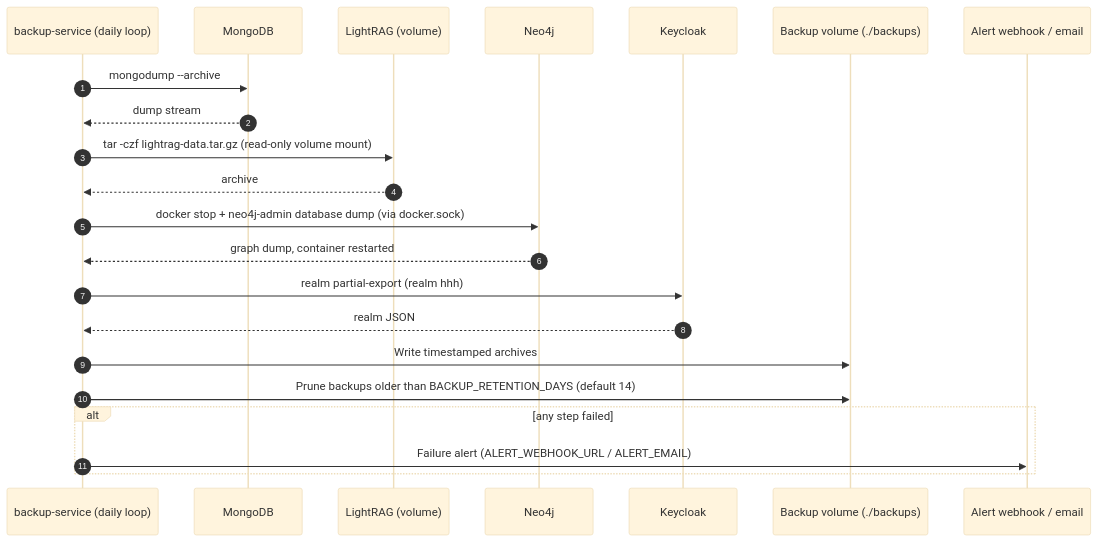
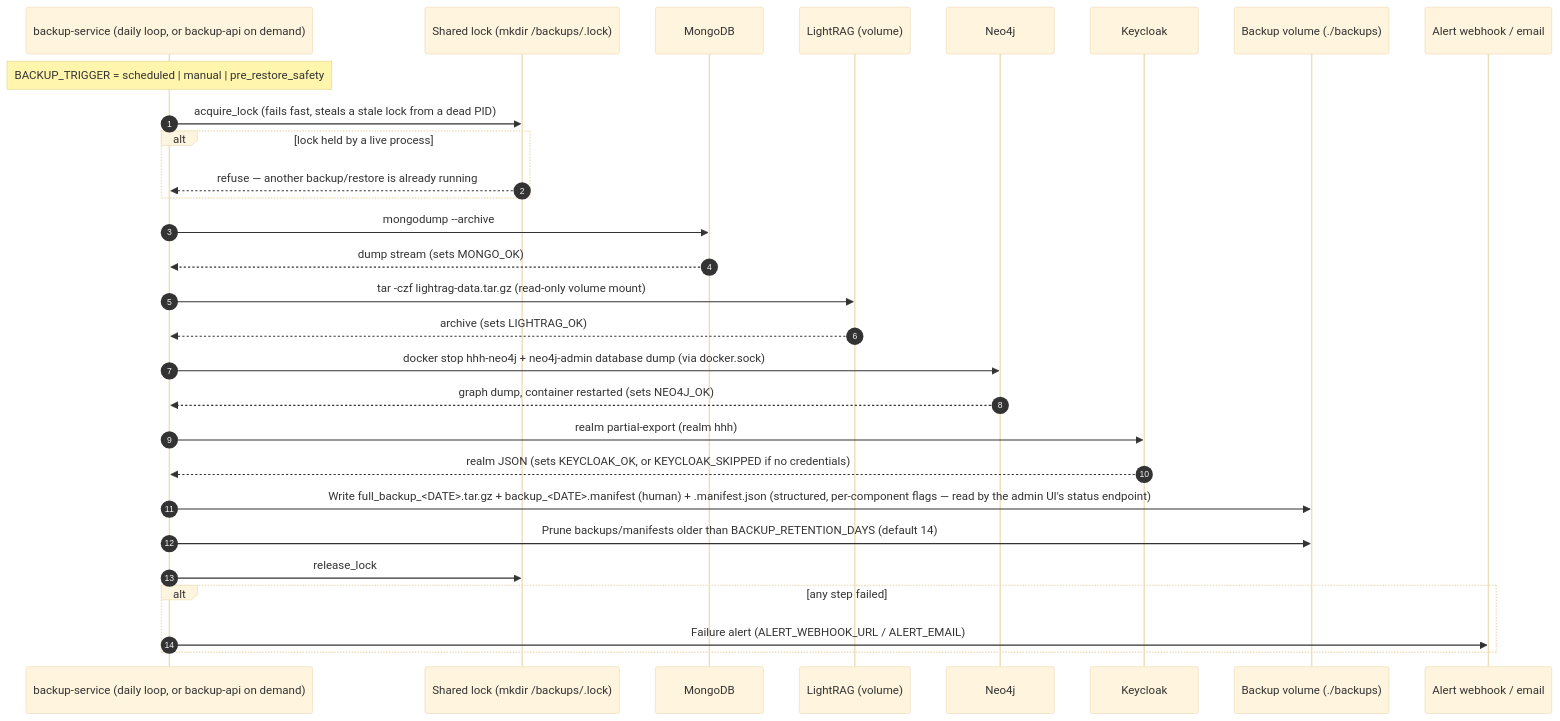
Before and after one commit to Bulgy404/health-habit-hub: the diagram in docs/diagrams/sequences/UC-29-daily-backup.mmd, drawn with Mermaid (base theme). The commit also changed 121 other files, not shown here.

First line of the commit message:
feat: implement backup API with upload and restore functionality

```diff
--- a/docs/diagrams/sequences/UC-29-daily-backup.mmd
+++ b/docs/diagrams/sequences/UC-29-daily-backup.mmd
@@ -1,25 +1,33 @@
-%% UC-29 — Run daily backup (backup-service, daily loop after startup delay)
-%% Source: backup-service/backup.sh, docker-compose.yml
+%% UC-29 — Run a backup (backup-service, daily loop after startup delay, or
+%% triggered manually / as a pre-restore safety snapshot via the admin UI)
+%% Source: backup-service/backup.sh, backup-service/lib.sh, docker-compose.yml
 sequenceDiagram
     autonumber
-    participant CR as backup-service (daily loop)
+    participant CR as backup-service (daily loop, or backup-api on demand)
+    participant LK as Shared lock (mkdir /backups/.lock)
     participant M as MongoDB
     participant LR as LightRAG (volume)
     participant N4 as Neo4j
     participant KC as Keycloak
     participant FS as Backup volume (./backups)
     participant WH as Alert webhook / email
 
+    Note over CR: BACKUP_TRIGGER = scheduled | manual | pre_restore_safety
+    CR->>LK: acquire_lock (fails fast, steals a stale lock from a dead PID)
+    alt lock held by a live process
+        LK-->>CR: refuse — another backup/restore is already running
+    end
     CR->>M: mongodump --archive
-    M-->>CR: dump stream
+    M-->>CR: dump stream (sets MONGO_OK)
     CR->>LR: tar -czf lightrag-data.tar.gz (read-only volume mount)
-    LR-->>CR: archive
-    CR->>N4: docker stop + neo4j-admin database dump (via docker.sock)
-    N4-->>CR: graph dump, container restarted
+    LR-->>CR: archive (sets LIGHTRAG_OK)
+    CR->>N4: docker stop hhh-neo4j + neo4j-admin database dump (via docker.sock)
+    N4-->>CR: graph dump, container restarted (sets NEO4J_OK)
     CR->>KC: realm partial-export (realm hhh)
-    KC-->>CR: realm JSON
-    CR->>FS: Write timestamped archives
-    CR->>FS: Prune backups older than BACKUP_RETENTION_DAYS (default 14)
+    KC-->>CR: realm JSON (sets KEYCLOAK_OK, or KEYCLOAK_SKIPPED if no credentials)
+    CR->>FS: Write full_backup_<DATE>.tar.gz + backup_<DATE>.manifest (human) + .manifest.json (structured, per-component flags — read by the admin UI's status endpoint)
+    CR->>FS: Prune backups/manifests older than BACKUP_RETENTION_DAYS (default 14)
+    CR->>LK: release_lock
     alt any step failed
         CR->>WH: Failure alert (ALERT_WEBHOOK_URL / ALERT_EMAIL)
     end
```
